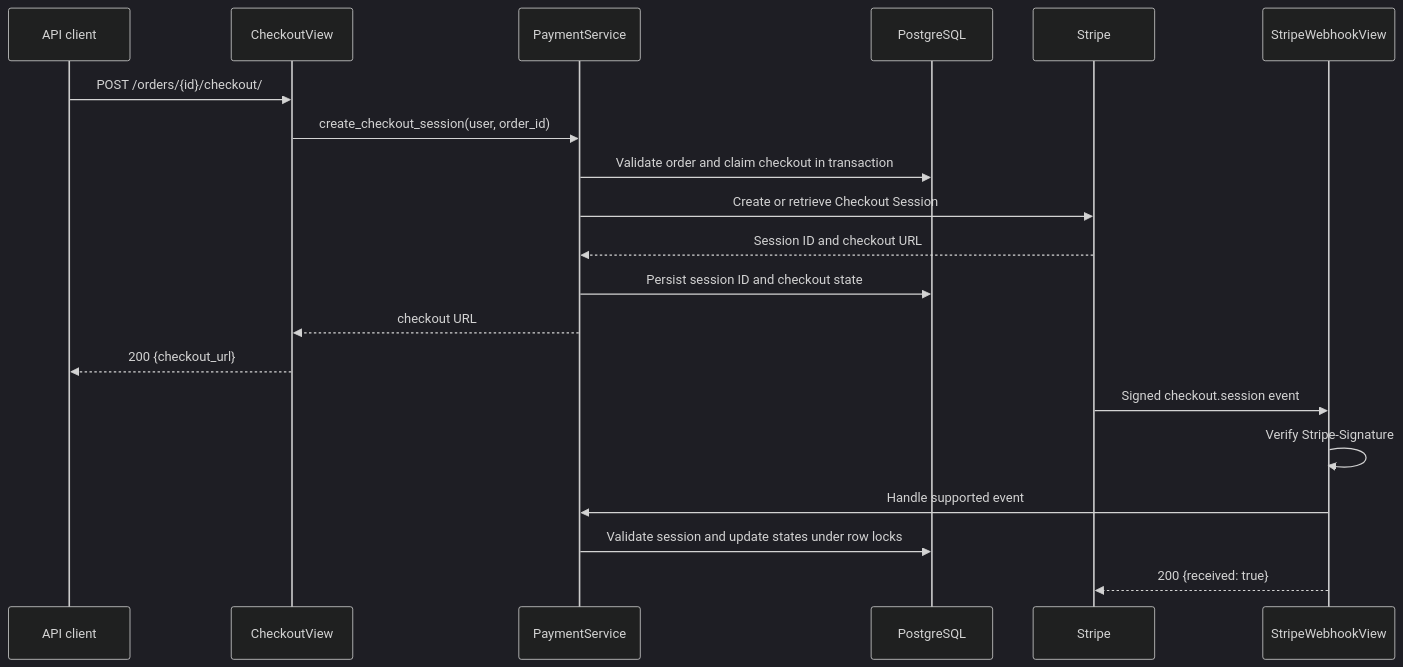
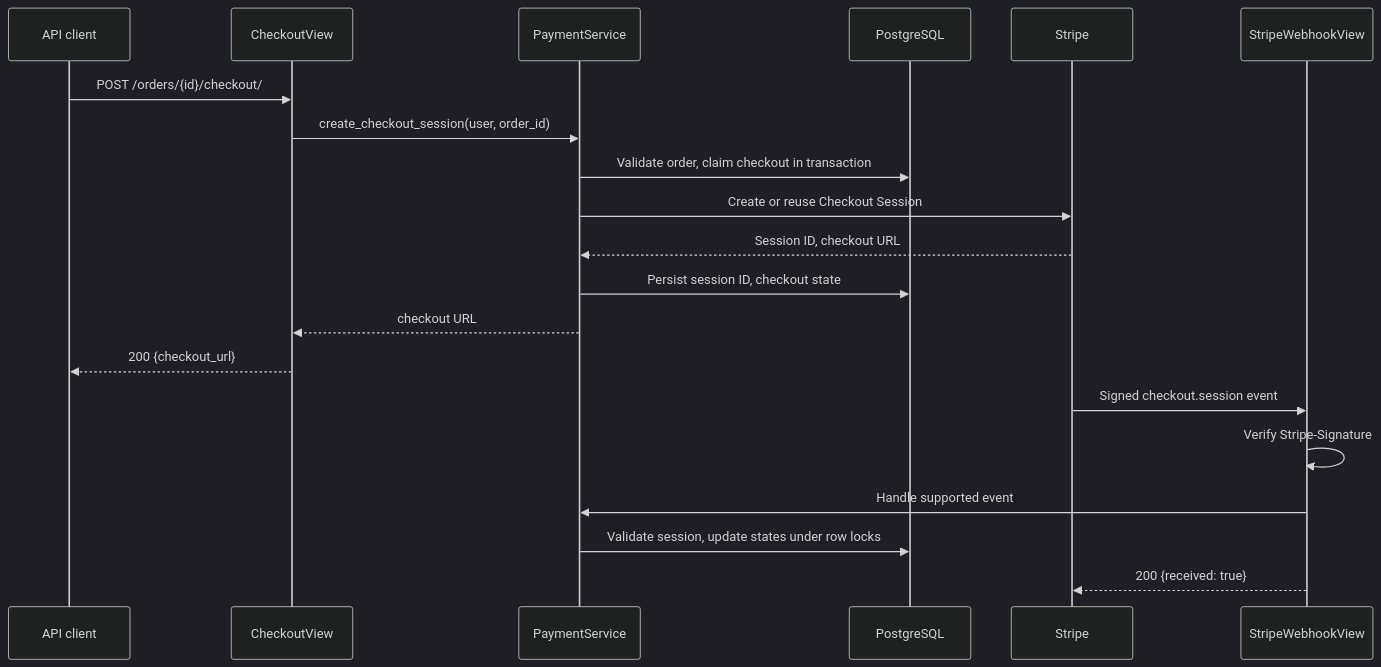
The fourth of 4 diagrams in README_mermaid_fixed.md (stakich/django-order-management-api), drawn with Mermaid (dark theme) before and after one commit.

````diff
--- a/README_mermaid_fixed.md
+++ b/README_mermaid_fixed.md
@@ -167,22 +167,22 @@
 ```mermaid
 sequenceDiagram
     participant C as API client
     participant V as CheckoutView
     participant P as PaymentService
     participant DB as PostgreSQL
     participant S as Stripe
     participant W as StripeWebhookView
     C->>V: POST /orders/{id}/checkout/
     V->>P: create_checkout_session(user, order_id)
-    P->>DB: Validate order and claim checkout in transaction
-    P->>S: Create or retrieve Checkout Session
-    S-->>P: Session ID and checkout URL
-    P->>DB: Persist session ID and checkout state
+    P->>DB: Validate order, claim checkout in transaction
+    P->>S: Create or reuse Checkout Session
+    S-->>P: Session ID, checkout URL
+    P->>DB: Persist session ID, checkout state
     P-->>V: checkout URL
     V-->>C: 200 {checkout_url}
     S->>W: Signed checkout.session event
     W->>W: Verify Stripe-Signature
     W->>P: Handle supported event
-    P->>DB: Validate session and update states under row locks
+    P->>DB: Validate session, update states under row locks
     W-->>S: 200 {received: true}
 ```
````
